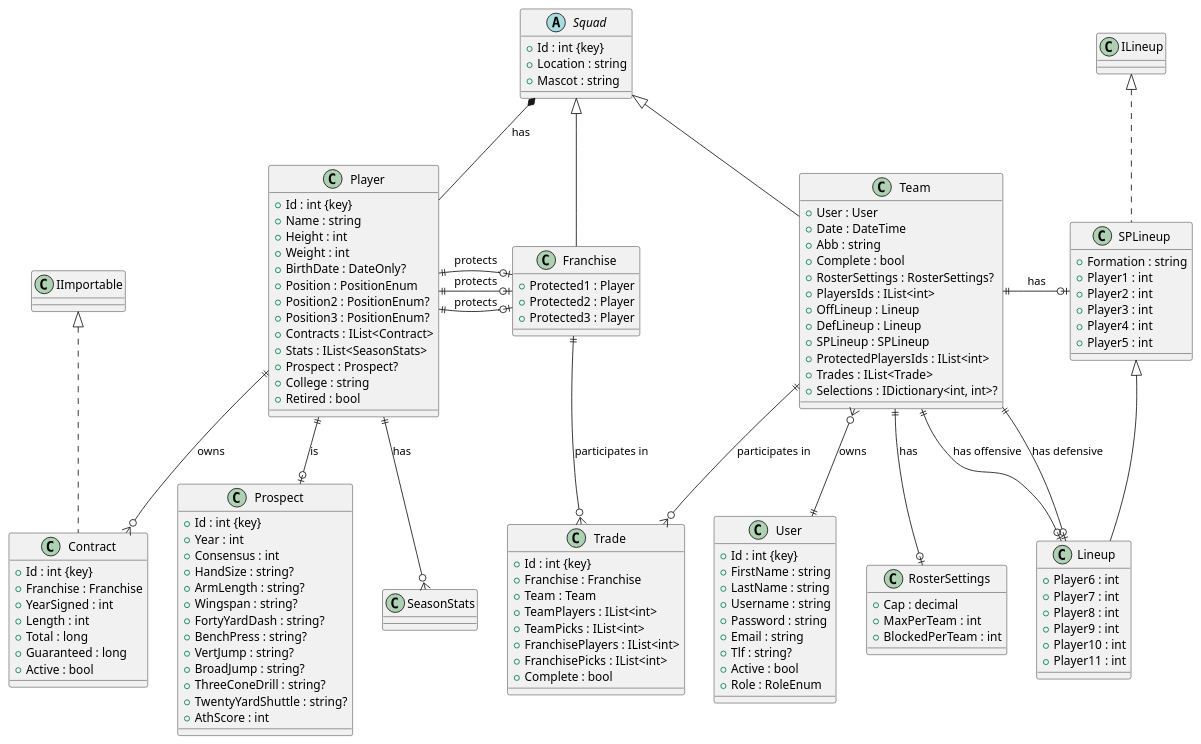
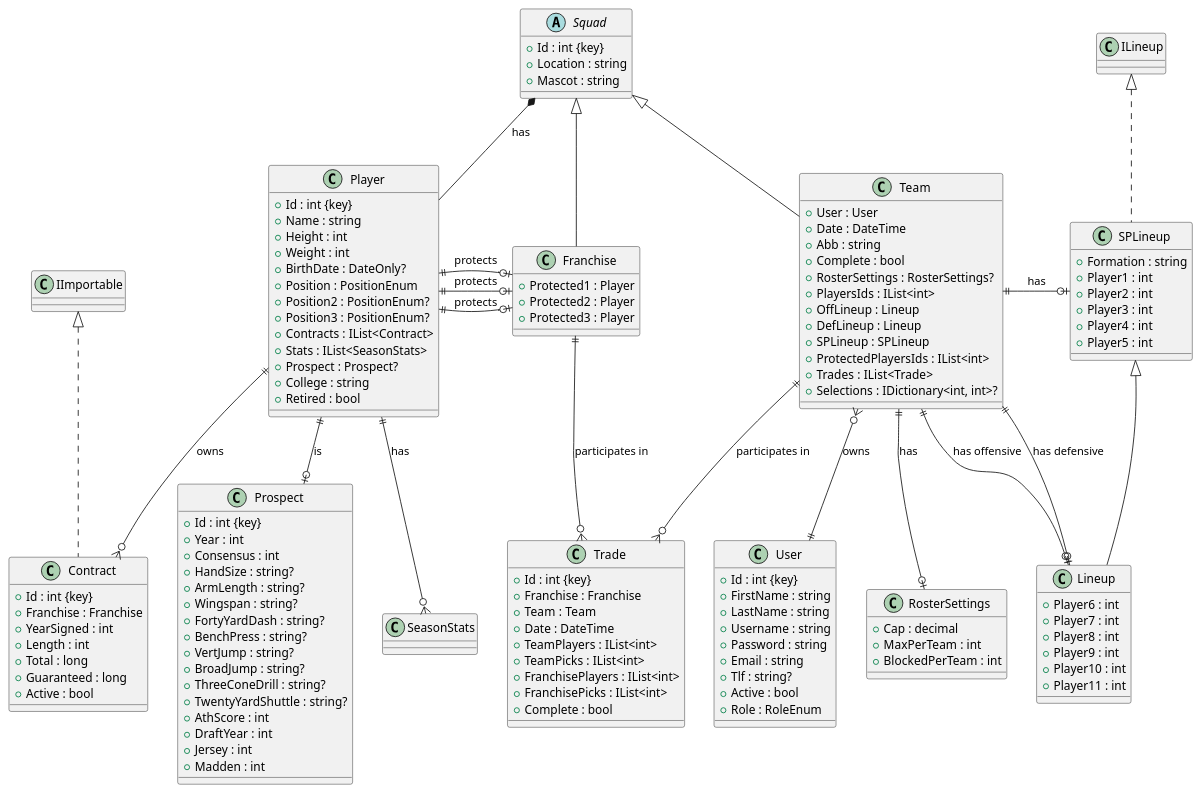
Before and after one commit to jorgerr174/MyExpansionTeam: the diagram in METCore/Diagramas/Analisis/DiagramaDeClases_Final/DiagramaDeClases_Final_Resto.puml, drawn with PlantUML. The commit also changed 59 other files, not shown here.

```diff
--- a/METCore/Diagramas/Analisis/DiagramaDeClases_Final/DiagramaDeClases_Final_Resto.puml
+++ b/METCore/Diagramas/Analisis/DiagramaDeClases_Final/DiagramaDeClases_Final_Resto.puml
@@ -1,152 +1,157 @@
 @startuml
 class User {
     + Id : int {key}
     + FirstName : string
     + LastName : string
     + Username : string
     + Password : string
     + Email : string
     + Tlf : string?
     + Active : bool
     + Role : RoleEnum
 }
 
 abstract class Squad {
     + Id : int {key}
     + Location : string
     + Mascot : string
 }
 
 class Franchise {
     + Protected1 : Player
     + Protected2 : Player
     + Protected3 : Player
 }
 
 class Team {
     + User : User
     + Date : DateTime
     + Abb : string
     + Complete : bool
     + RosterSettings : RosterSettings?
     + PlayersIds : IList<int>
     + OffLineup : Lineup
     + DefLineup : Lineup
     + SPLineup : SPLineup
     + ProtectedPlayersIds : IList<int>
     + Trades : IList<Trade>
     + Selections : IDictionary<int, int>?
 }
 
 class Player {
     + Id : int {key}
     + Name : string
     + Height : int
     + Weight : int
     + BirthDate : DateOnly?
     + Position : PositionEnum
     + Position2 : PositionEnum?
     + Position3 : PositionEnum?
     + Contracts : IList<Contract>
     + Stats : IList<SeasonStats>
     + Prospect : Prospect?
     + College : string
     + Retired : bool
 }
 
 class Prospect {
     + Id : int {key}
     + Year : int
     + Consensus : int
     + HandSize : string?
     + ArmLength : string?
     + Wingspan : string?
     + FortyYardDash : string?
     + BenchPress : string?
     + VertJump : string?
     + BroadJump : string?
     + ThreeConeDrill : string?
     + TwentyYardShuttle : string?
     + AthScore : int
+    + DraftYear : int
+    + Jersey : int
+    + Madden : int
+
 }
 
 class Contract {
     + Id : int {key}
     + Franchise : Franchise
     + YearSigned : int
     + Length : int
     + Total : long
     + Guaranteed : long
     + Active : bool
 }
 
 class Trade {
     + Id : int {key}
     + Franchise : Franchise
     + Team : Team
+    + Date : DateTime
     + TeamPlayers : IList<int>
     + TeamPicks : IList<int>
     + FranchisePlayers : IList<int>
     + FranchisePicks : IList<int>
     + Complete : bool
 }
 
 class RosterSettings {
     + Cap : decimal
     + MaxPerTeam : int
     + BlockedPerTeam : int
 }
 
 class SPLineup {
     + Formation : string
     + Player1 : int
     + Player2 : int
     + Player3 : int
     + Player4 : int
     + Player5 : int
 }
 
 class Lineup {
     + Player6 : int
     + Player7 : int
     + Player8 : int
     + Player9 : int
     + Player10 : int
     + Player11 : int
 }
 
 class SeasonStats 
 
 
 ' Implementation relationships
 IImportable <|.d. Contract
 ILineup <|.d. SPLineup
 
 
 ' Inheritance relationships
 Squad <|-- Franchise
 Squad <|-- Team
 
 SPLineup <|-- Lineup
 
 
 ' Composition relationships
 Squad *-- Player : "has"
 
 Franchise |o-l-|| Player : "protects"
 Franchise |o-l-|| Player : "protects"
 Franchise |o-l-|| Player : "protects"
 
 Team }o--|| User : "owns"
 Team ||--o| RosterSettings : "has"
 Team ||--o| Lineup : "has offensive"
 Team ||--o| Lineup : "has defensive"
 Team ||-r-o| SPLineup : "has"
 Team ||--o{ Trade : "participates in"
 Franchise ||--o{ Trade : "participates in"
 
 Player ||--o{ Contract : "owns"
 Player ||--o| Prospect : "is"
 Player ||--o{ SeasonStats : "has"
 
 @enduml
```
